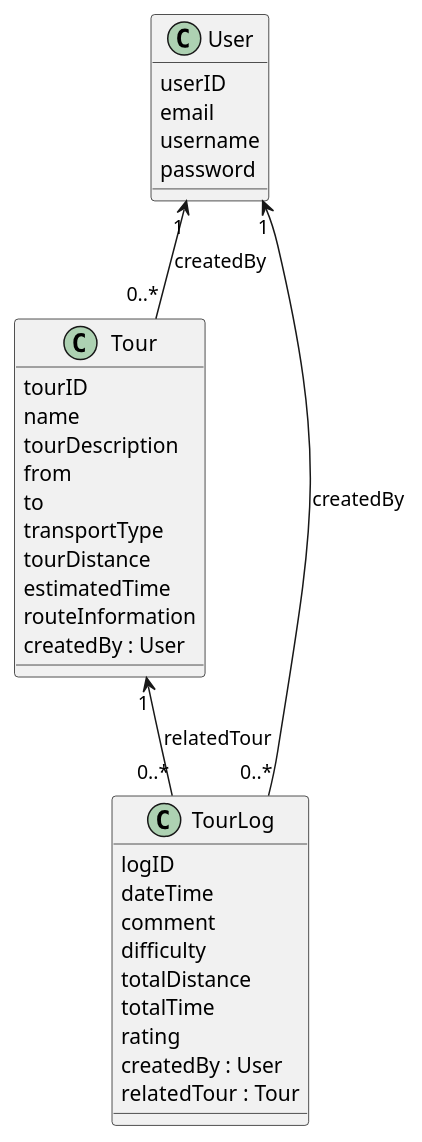
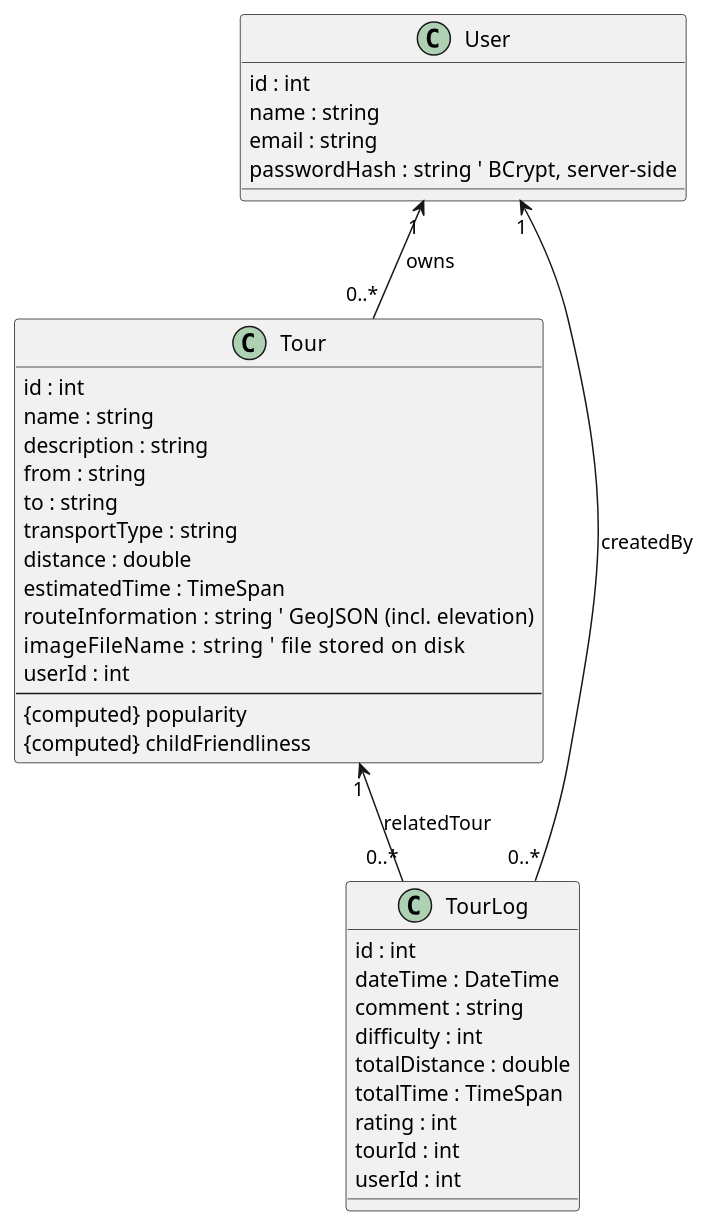
Before and after one commit to Clemens-Heindl/Touring-Machine: the first of 3 diagrams in Documentation/UML.md, drawn with PlantUML. The commit also changed other lines of this file and 2 other files, not shown here.

````diff
--- a/Documentation/UML.md
+++ b/Documentation/UML.md
@@ -1,40 +5,45 @@
+```plantuml
 @startuml
 
 class User {
-  userID
-  email
-  username
-  password
+  id : int
+  name : string
+  email : string
+  passwordHash : string  ' BCrypt, server-side
 }
 
 class Tour {
-  tourID
-  name
-  tourDescription
-  from
-  to
-  transportType
-  tourDistance
-  estimatedTime
-  routeInformation
-  createdBy : User
+  id : int
+  name : string
+  description : string
+  from : string
+  to : string
+  transportType : string
+  distance : double
+  estimatedTime : TimeSpan
+  routeInformation : string  ' GeoJSON (incl. elevation)
+  imageFileName : string     ' file stored on disk
+  userId : int
+  --
+  {computed} popularity
+  {computed} childFriendliness
 }
 
 class TourLog {
-  logID
-  dateTime
-  comment
-  difficulty
-  totalDistance
-  totalTime
-  rating
-  createdBy : User
-  relatedTour : Tour
+  id : int
+  dateTime : DateTime
+  comment : string
+  difficulty : int
+  totalDistance : double
+  totalTime : TimeSpan
+  rating : int
+  tourId : int
+  userId : int
 }
 
-' Relationships
-User "1" <-- "0..*" Tour : createdBy
+User "1" <-- "0..*" Tour  : owns
 User "1" <-- "0..*" TourLog : createdBy
 Tour "1" <-- "0..*" TourLog : relatedTour
 
 @enduml
+```
````
